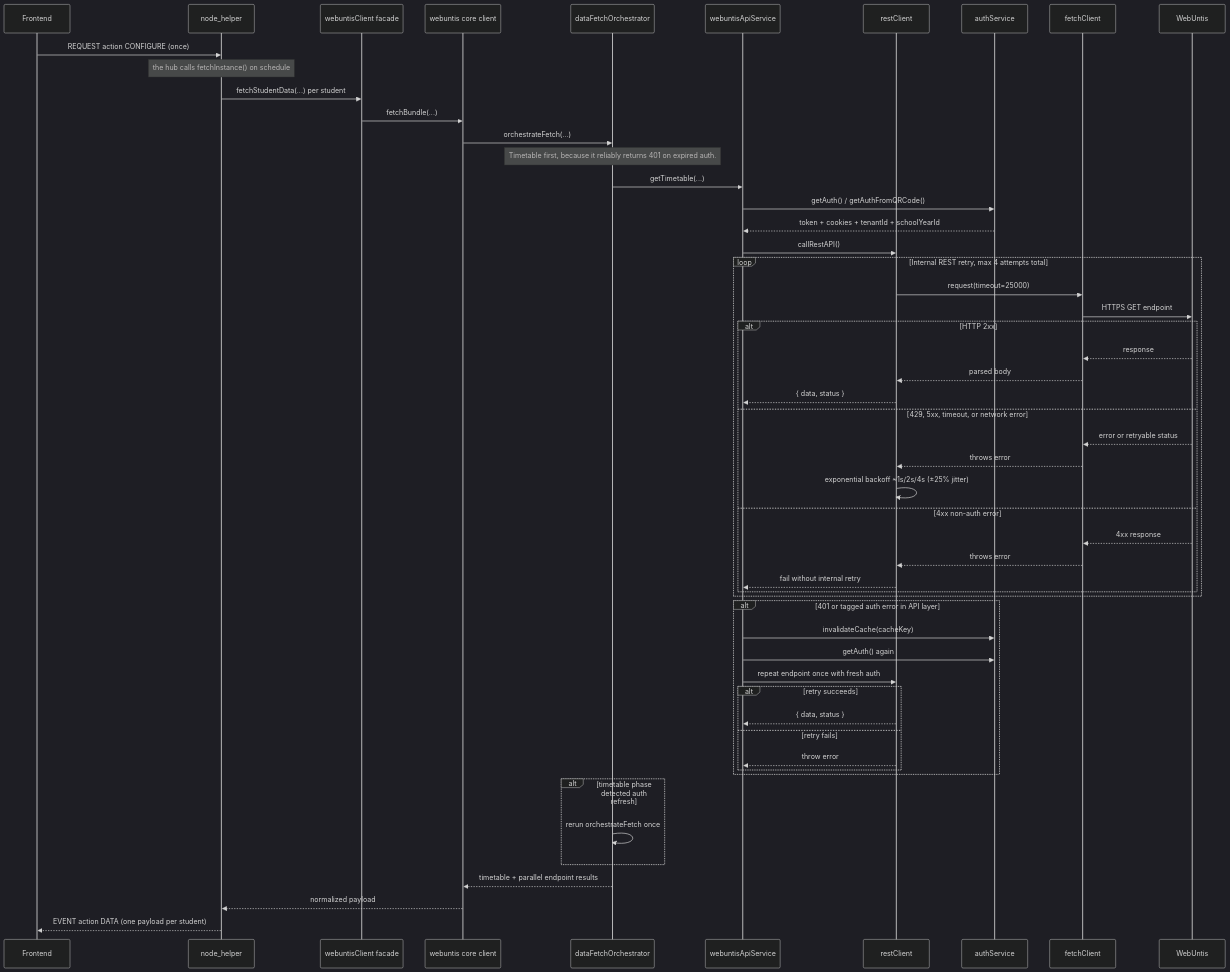
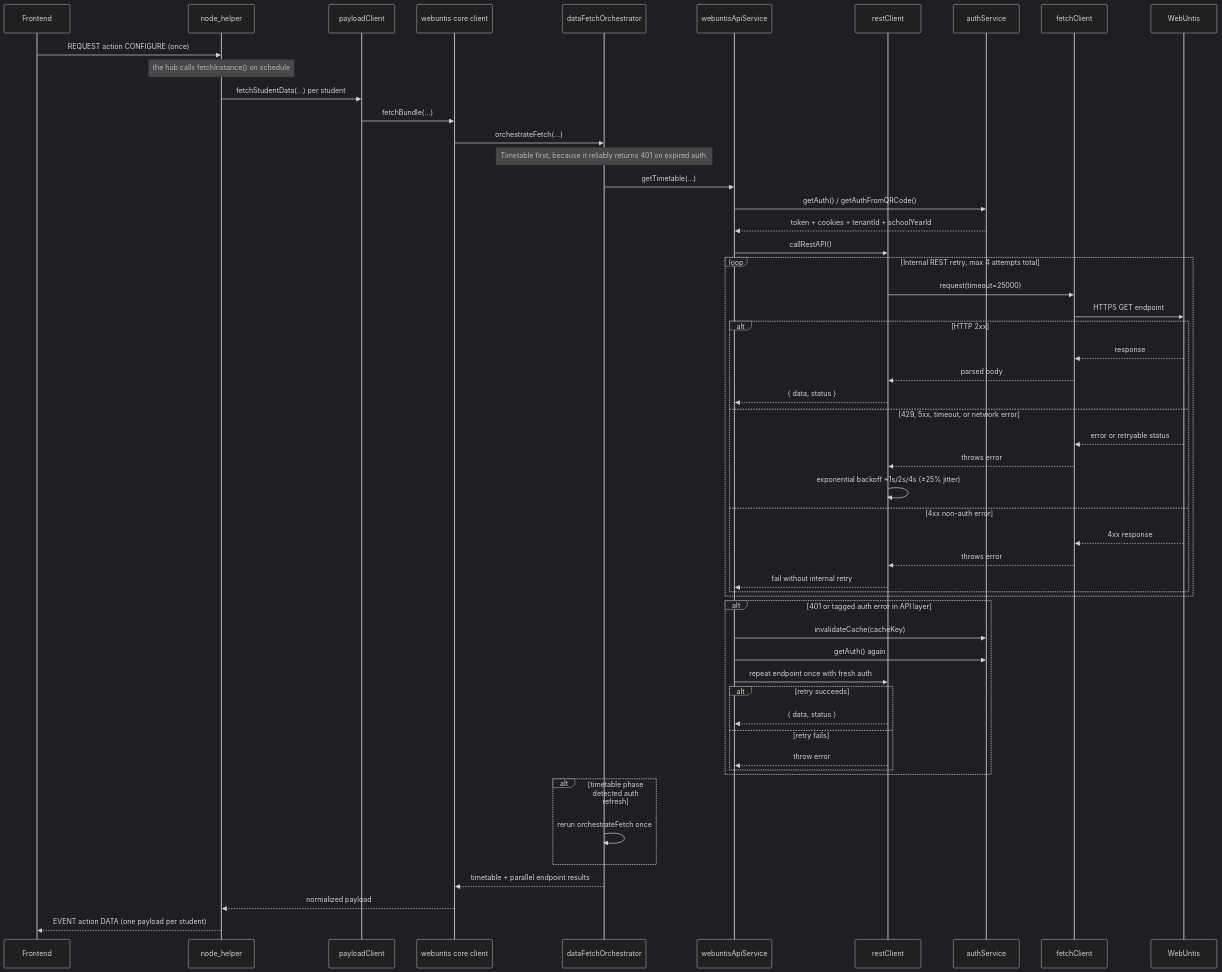
The second of 2 diagrams in docs/SERVER_REQUEST_FLOW.md (HeikoGr/MMM-Webuntis), drawn with Mermaid (dark theme) before and after one commit. The commit also changed other lines of this file and 38 other files, not shown here.

````diff
--- a/docs/SERVER_REQUEST_FLOW.md
+++ b/docs/SERVER_REQUEST_FLOW.md
@@ -111,63 +111,63 @@
 ```mermaid
 sequenceDiagram
     participant FE as Frontend
     participant NH as node_helper
-    participant WF as webuntisClient facade
+    participant WF as payloadClient
     participant WC as webuntis core client
     participant OR as dataFetchOrchestrator
     participant API as webuntisApiService
     participant RC as restClient
     participant AU as authService
     participant FC as fetchClient
     participant WU as WebUntis
 
     FE->>NH: REQUEST action CONFIGURE (once)
     Note over NH: the hub calls fetchInstance() on schedule
     NH->>WF: fetchStudentData(...) per student
     WF->>WC: fetchBundle(...)
     WC->>OR: orchestrateFetch(...)
 
     Note over OR: Timetable first, because it reliably returns 401 on expired auth.
 
     OR->>API: getTimetable(...)
     API->>AU: getAuth() / getAuthFromQRCode()
     AU-->>API: token + cookies + tenantId + schoolYearId
     API->>RC: callRestAPI()
 
     loop Internal REST retry, max 4 attempts total
         RC->>FC: request(timeout=25000)
         FC->>WU: HTTPS GET endpoint
         alt HTTP 2xx
             WU-->>FC: response
             FC-->>RC: parsed body
             RC-->>API: { data, status }
         else 429, 5xx, timeout, or network error
             WU-->>FC: error or retryable status
             FC-->>RC: throws error
             RC->>RC: exponential backoff ~1s/2s/4s (±25% jitter)
         else 4xx non-auth error
             WU-->>FC: 4xx response
             FC-->>RC: throws error
             RC-->>API: fail without internal retry
         end
     end
 
     alt 401 or tagged auth error in API layer
         API->>AU: invalidateCache(cacheKey)
         API->>AU: getAuth() again
         API->>RC: repeat endpoint once with fresh auth
         alt retry succeeds
             RC-->>API: { data, status }
         else retry fails
             RC-->>API: throw error
         end
     end
 
     alt timetable phase detected auth refresh
         OR->>OR: rerun orchestrateFetch once
     end
 
     OR-->>WC: timetable + parallel endpoint results
     WC-->>NH: normalized payload
     NH-->>FE: EVENT action DATA (one payload per student)
 ```
````
